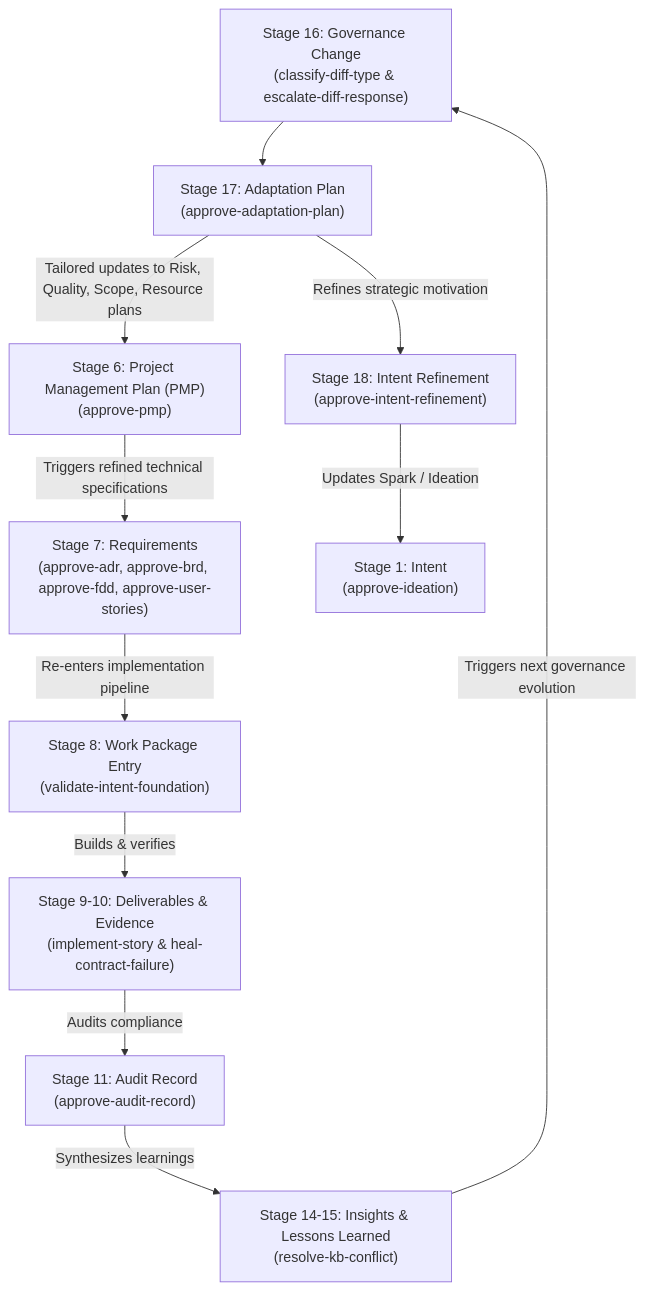
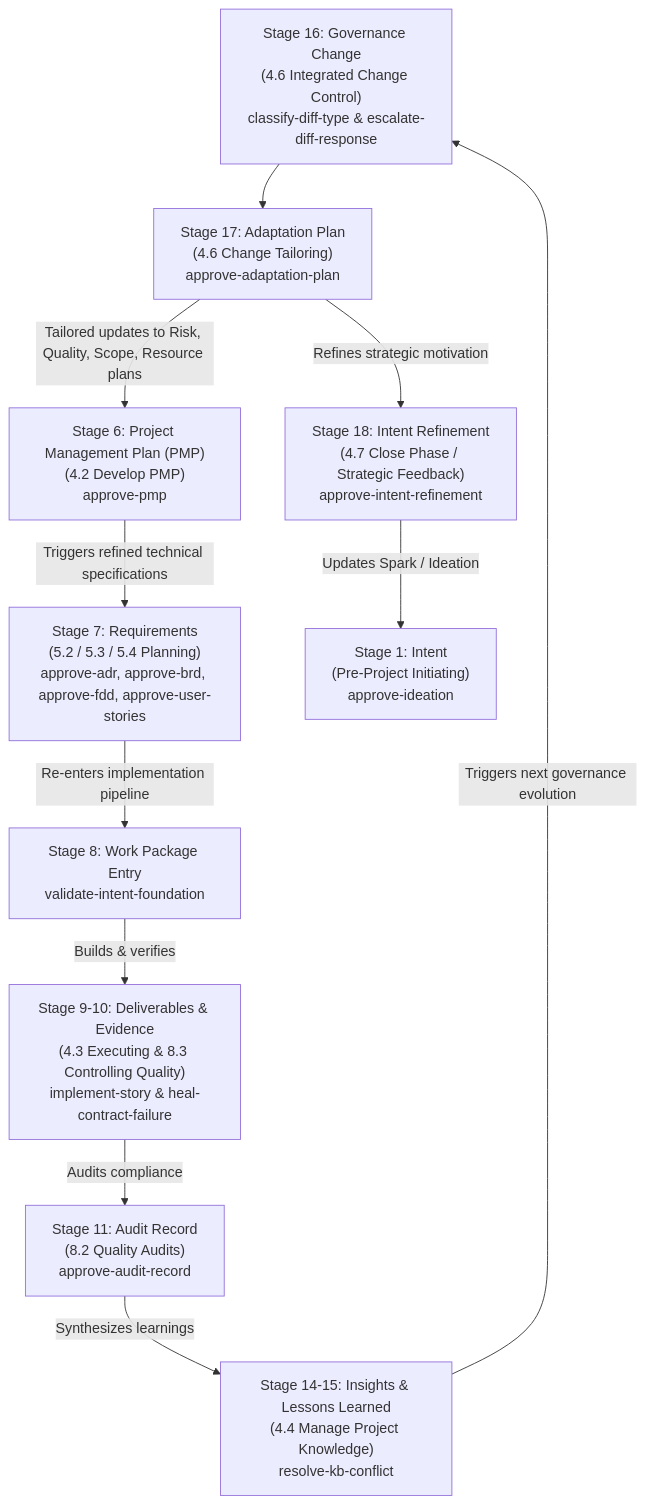
The diagram in docs/chain-coverage.md (mdresch/sidpa-template), drawn with Mermaid before and after one commit. The commit also changed other lines of this file and 13 other files, not shown here.

````diff
--- a/docs/chain-coverage.md
+++ b/docs/chain-coverage.md
@@ -80,13 +75,13 @@
 ```mermaid
 flowchart TD
-    G["Stage 16: Governance Change<br/>(classify-diff-type & escalate-diff-response)"] --> A["Stage 17: Adaptation Plan<br/>(approve-adaptation-plan)"]
-    A -->|"Tailored updates to Risk, Quality, Scope, Resource plans"| PMP["Stage 6: Project Management Plan (PMP)<br/>(approve-pmp)"]
-    PMP -->|"Triggers refined technical specifications"| REQ["Stage 7: Requirements<br/>(approve-adr, approve-brd, approve-fdd, approve-user-stories)"]
-    REQ -->|"Re-enters implementation pipeline"| WP["Stage 8: Work Package Entry<br/>(validate-intent-foundation)"]
-    WP -->|"Builds & verifies"| DEL["Stage 9-10: Deliverables & Evidence<br/>(implement-story & heal-contract-failure)"]
-    DEL -->|"Audits compliance"| AUD["Stage 11: Audit Record<br/>(approve-audit-record)"]
-    AUD -->|"Synthesizes learnings"| KB["Stage 14-15: Insights & Lessons Learned<br/>(resolve-kb-conflict)"]
+    G["Stage 16: Governance Change<br/>(4.6 Integrated Change Control)<br/>classify-diff-type & escalate-diff-response"] --> A["Stage 17: Adaptation Plan<br/>(4.6 Change Tailoring)<br/>approve-adaptation-plan"]
+    A -->|"Tailored updates to Risk, Quality, Scope, Resource plans"| PMP["Stage 6: Project Management Plan (PMP)<br/>(4.2 Develop PMP)<br/>approve-pmp"]
+    PMP -->|"Triggers refined technical specifications"| REQ["Stage 7: Requirements<br/>(5.2 / 5.3 / 5.4 Planning)<br/>approve-adr, approve-brd, approve-fdd, approve-user-stories"]
+    REQ -->|"Re-enters implementation pipeline"| WP["Stage 8: Work Package Entry<br/>validate-intent-foundation"]
+    WP -->|"Builds & verifies"| DEL["Stage 9-10: Deliverables & Evidence<br/>(4.3 Executing & 8.3 Controlling Quality)<br/>implement-story & heal-contract-failure"]
+    DEL -->|"Audits compliance"| AUD["Stage 11: Audit Record<br/>(8.2 Quality Audits)<br/>approve-audit-record"]
+    AUD -->|"Synthesizes learnings"| KB["Stage 14-15: Insights & Lessons Learned<br/>(4.4 Manage Project Knowledge)<br/>resolve-kb-conflict"]
     KB -->|"Triggers next governance evolution"| G
-    A -->|"Refines strategic motivation"| IR["Stage 18: Intent Refinement<br/>(approve-intent-refinement)"]
-    IR -->|"Updates Spark / Ideation"| SPARK["Stage 1: Intent<br/>(approve-ideation)"]
+    A -->|"Refines strategic motivation"| IR["Stage 18: Intent Refinement<br/>(4.7 Close Phase / Strategic Feedback)<br/>approve-intent-refinement"]
+    IR -->|"Updates Spark / Ideation"| SPARK["Stage 1: Intent<br/>(Pre-Project Initiating)<br/>approve-ideation"]
 ```
````
